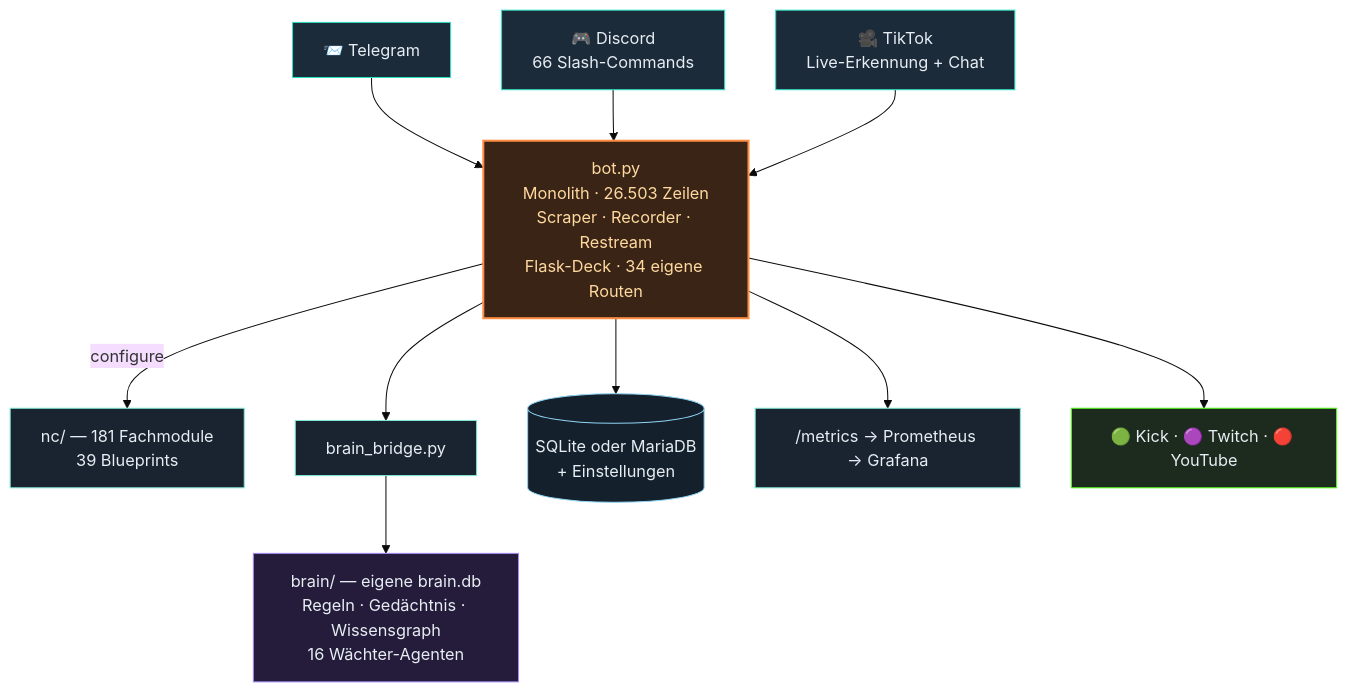
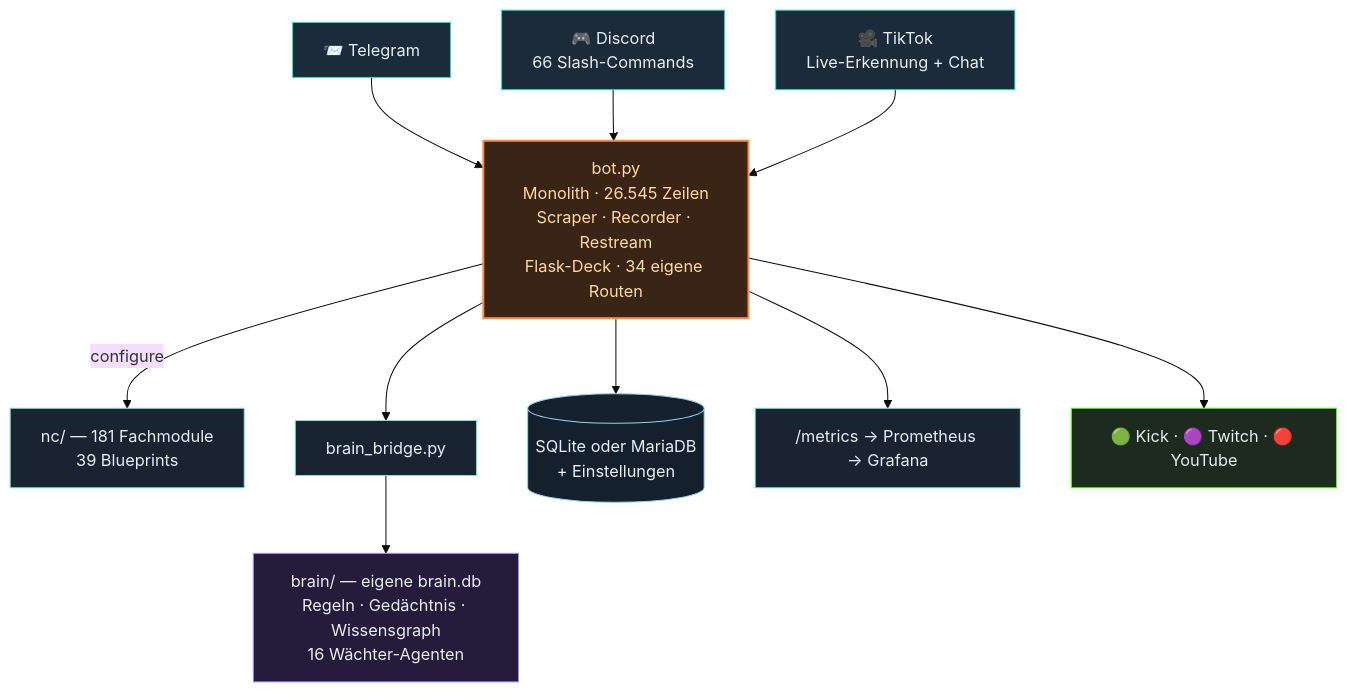
One commit to itsamemedev/Telegram-Stream-Info-Bot changed the second of 3 diagrams in README.md. Above: the diagram before and after it, drawn with Mermaid (base theme). The commit also changed other lines of this file and 14 other files, not shown here.

````diff
--- a/README.md
+++ b/README.md
@@ -118,19 +118,19 @@
 ```mermaid
 flowchart TB
     TG["📨 Telegram"]:::ein --> BOT
     DC["🎮 Discord<br/>66 Slash-Commands"]:::ein --> BOT
     TT["🎥 TikTok<br/>Live-Erkennung + Chat"]:::ein --> BOT
-    BOT["bot.py<br/>Monolith · 26.503 Zeilen<br/>Scraper · Recorder · Restream<br/>Flask-Deck · 34 eigene Routen"]:::core
+    BOT["bot.py<br/>Monolith · 26.545 Zeilen<br/>Scraper · Recorder · Restream<br/>Flask-Deck · 34 eigene Routen"]:::core
     BOT -->|configure| NC["nc/ — 181 Fachmodule<br/>39 Blueprints"]:::lib
     BOT --> BR["brain_bridge.py"]:::lib
     BR --> BRAIN["brain/ — eigene brain.db<br/>Regeln · Gedächtnis · Wissensgraph<br/>16 Wächter-Agenten"]:::brain
     BOT --> DB[("SQLite oder MariaDB<br/>+ Einstellungen")]:::db
     BOT --> PROM["/metrics → Prometheus → Grafana"]:::lib
     BOT --> OUT["🟢 Kick · 🟣 Twitch · 🔴 YouTube"]:::out
     classDef ein fill:#1c2b3a,stroke:#2de1c2,color:#e6edf3
     classDef core fill:#3a2415,stroke:#ff8c42,stroke-width:2px,color:#ffd9a0
     classDef lib fill:#1a2430,stroke:#7fe7d4,color:#e6edf3
     classDef brain fill:#241c3a,stroke:#a78bfa,color:#e6edf3
     classDef db fill:#14202c,stroke:#8fd3f4,color:#e6edf3
     classDef out fill:#1c2b1e,stroke:#53fc18,color:#e6edf3
 ```
````
